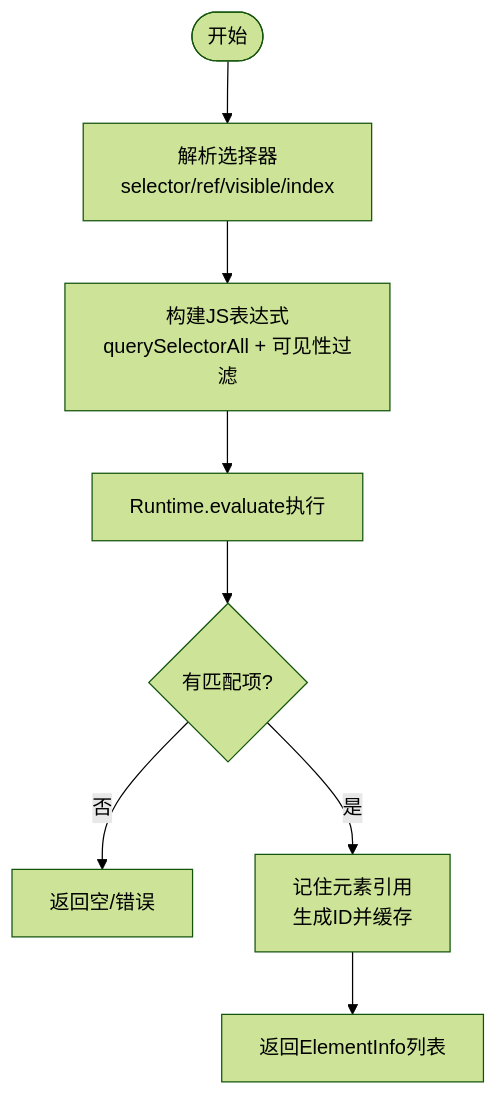
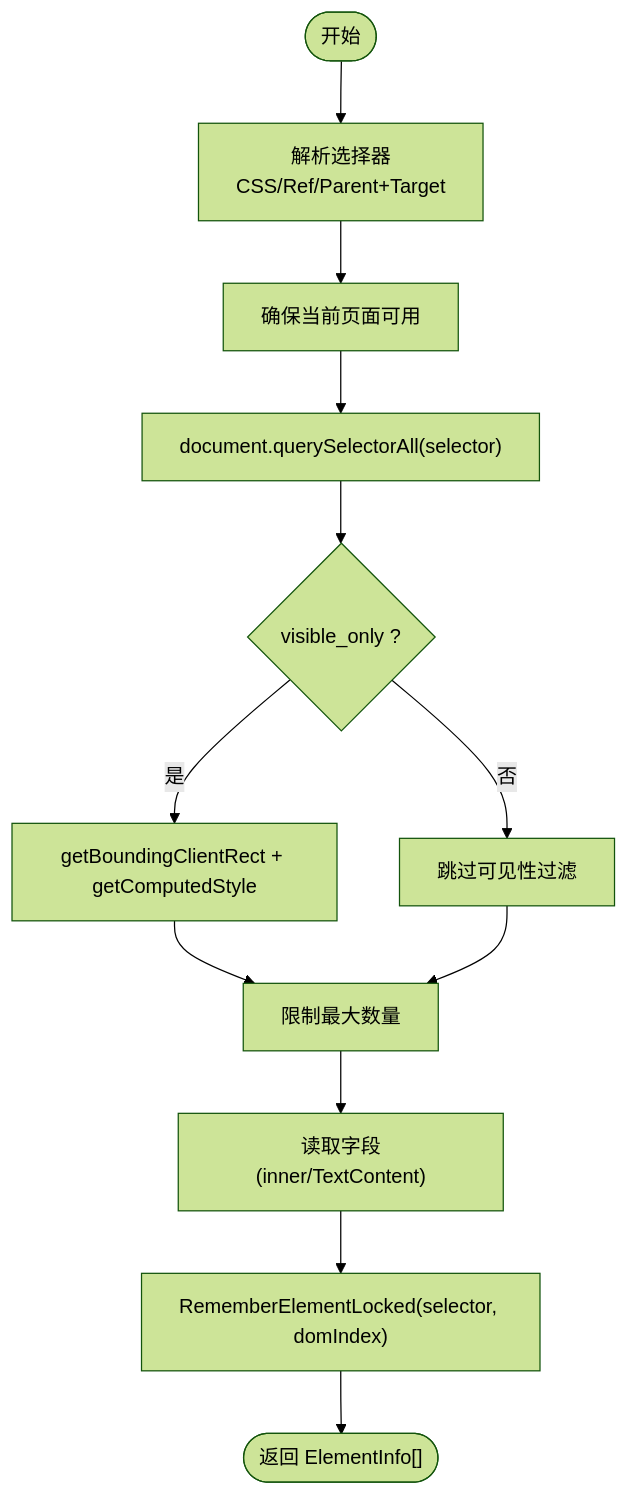
One commit to alvinwangzi/goodhr changed the third of 8 diagrams in .qoder/repowiki/zh/content/本地执行器/浏览器自动化/浏览器控制器/元素操作封装.md. Above: the diagram before and after it, drawn with Mermaid (forest theme). The commit also changed other lines of this file and 149 other files, not shown here.

````diff
--- a/.qoder/repowiki/zh/content/本地执行器/浏览器自动化/浏览器控制器/元素操作封装.md
+++ b/.qoder/repowiki/zh/content/本地执行器/浏览器自动化/浏览器控制器/元素操作封装.md
@@ -143,10 +138,14 @@
 ```mermaid
 flowchart TD
-Start(["开始"]) --> ParseSel["解析选择器<br/>selector/ref/visible/index"]
-ParseSel --> BuildExpr["构建JS表达式<br/>querySelectorAll + 可见性过滤"]
-BuildExpr --> Eval["Runtime.evaluate执行"]
-Eval --> MapItems{"有匹配项?"}
-MapItems -- 否 --> Err["返回空/错误"]
-MapItems -- 是 --> Cache["记住元素引用<br/>生成ID并缓存"]
-Cache --> Return["返回ElementInfo列表"]
+Start(["开始"]) --> ParseSel["解析选择器<br/>CSS/Ref/Parent+Target"]
+ParseSel --> EnsurePage["确保当前页面可用"]
+EnsurePage --> Query["document.querySelectorAll(selector)"]
+Query --> FilterVisible{"visible_only ?"}
+FilterVisible --> |是| VisibleCheck["getBoundingClientRect + getComputedStyle"]
+FilterVisible --> |否| SkipVisible["跳过可见性过滤"]
+VisibleCheck --> SliceMax["限制最大数量"]
+SkipVisible --> SliceMax
+SliceMax --> MapFields["读取字段(inner/TextContent)"]
+MapFields --> CacheRef["RememberElementLocked(selector, domIndex)"]
+CacheRef --> Return(["返回 ElementInfo[]"])
 ```
````
